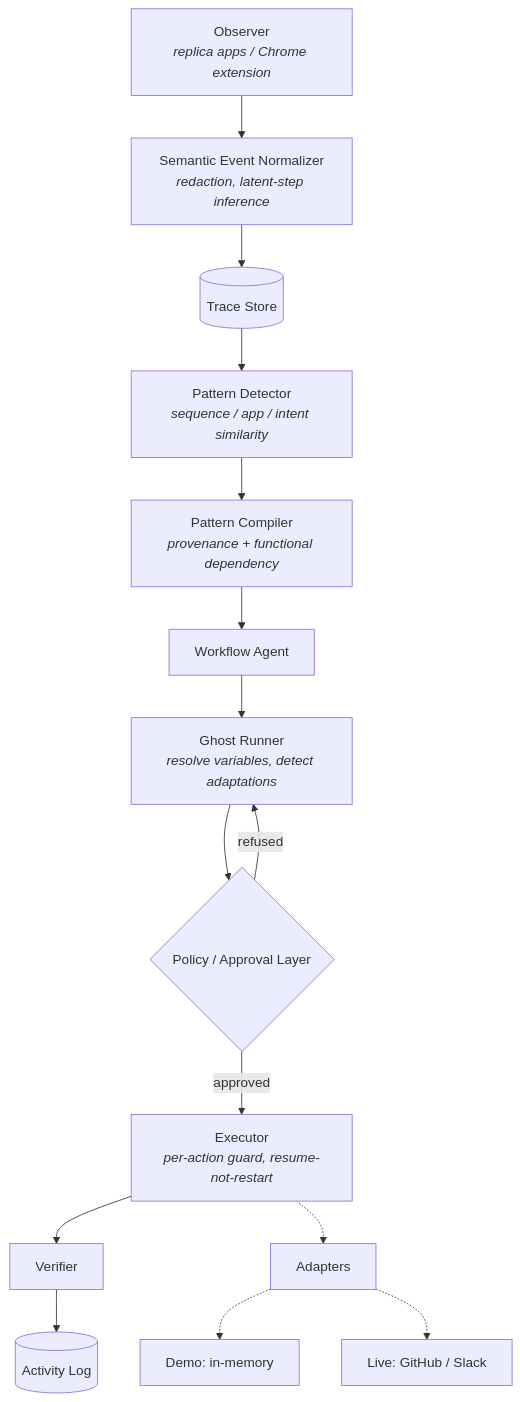
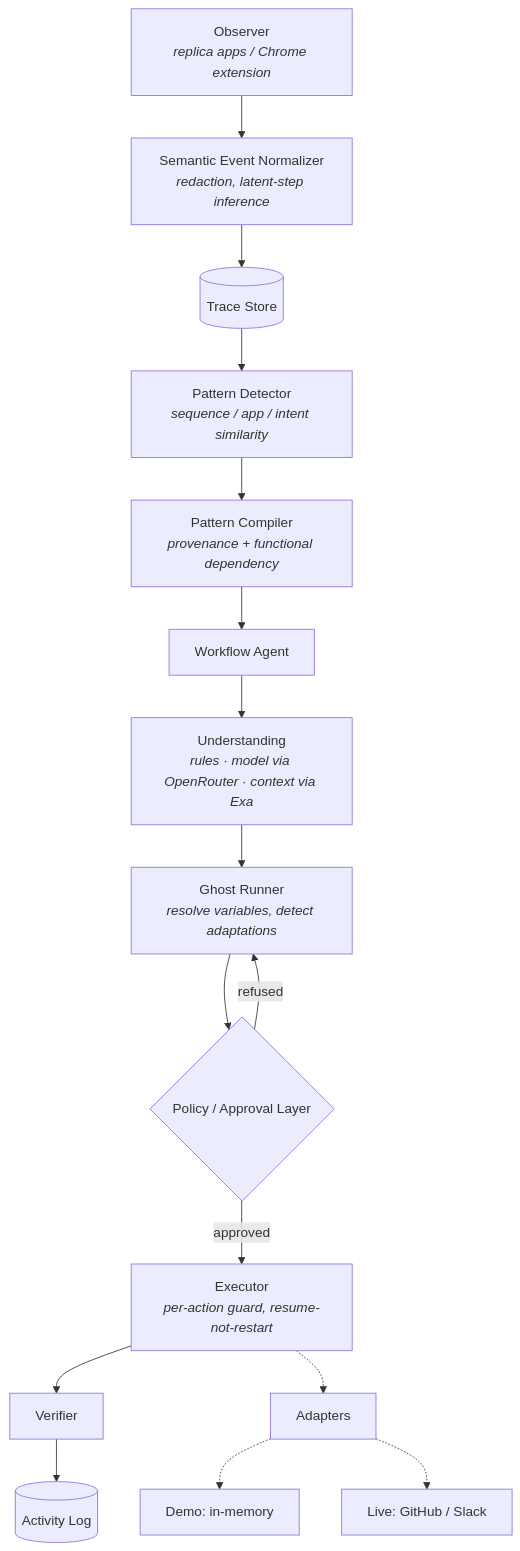
Before and after one commit to 4waiz/REPEAT: the first of 2 diagrams in README.md, drawn with Mermaid. The commit also changed other lines of this file and 3 other files, not shown here.

Commit message:
Document OpenRouter and Exa: env, README, demo script, submission copy

````diff
--- a/README.md
+++ b/README.md
@@ -156,17 +156,18 @@
 ```mermaid
 flowchart TD
     A[Observer<br/><i>replica apps / Chrome extension</i>] --> B[Semantic Event Normalizer<br/><i>redaction, latent-step inference</i>]
     B --> C[(Trace Store)]
     C --> D[Pattern Detector<br/><i>sequence / app / intent similarity</i>]
     D --> E[Pattern Compiler<br/><i>provenance + functional dependency</i>]
     E --> F[Workflow Agent]
-    F --> G[Ghost Runner<br/><i>resolve variables, detect adaptations</i>]
+    F --> U[Understanding<br/><i>rules · model via OpenRouter · context via Exa</i>]
+    U --> G[Ghost Runner<br/><i>resolve variables, detect adaptations</i>]
     G --> H{Policy / Approval Layer}
     H -- refused --> G
     H -- approved --> I[Executor<br/><i>per-action guard, resume-not-restart</i>]
     I --> J[Verifier]
     J --> K[(Activity Log)]
     I -.-> L[Adapters]
     L -.-> M[Demo: in-memory]
     L -.-> N[Live: GitHub / Slack]
 ```
````
